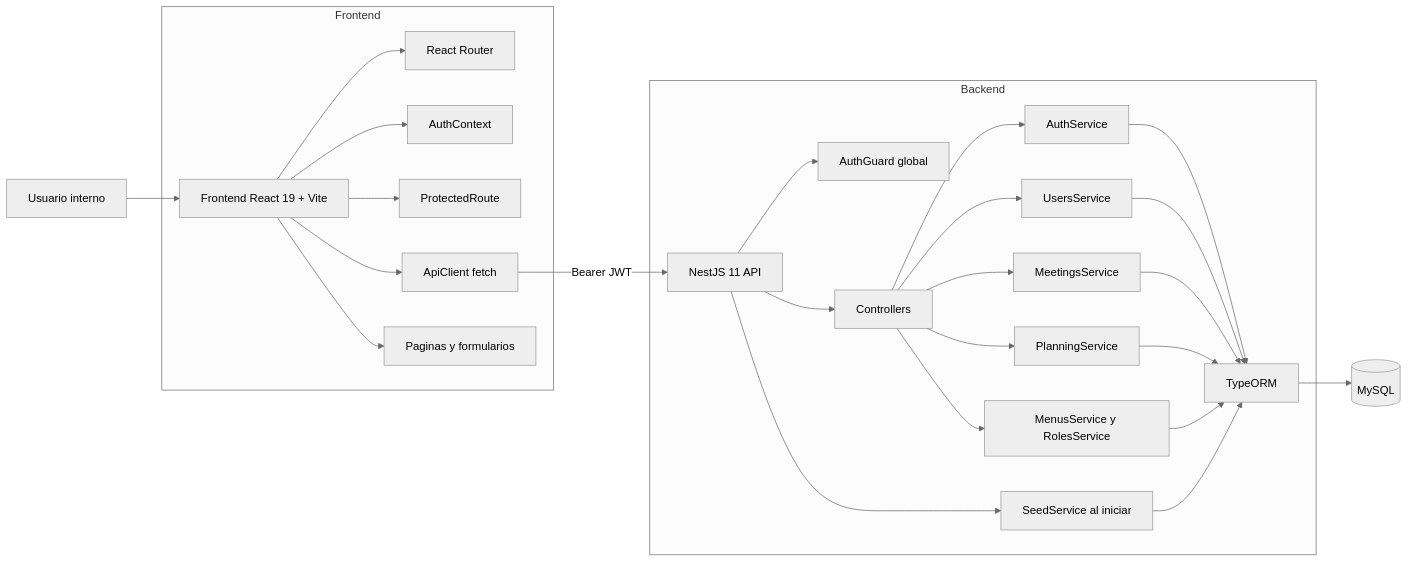
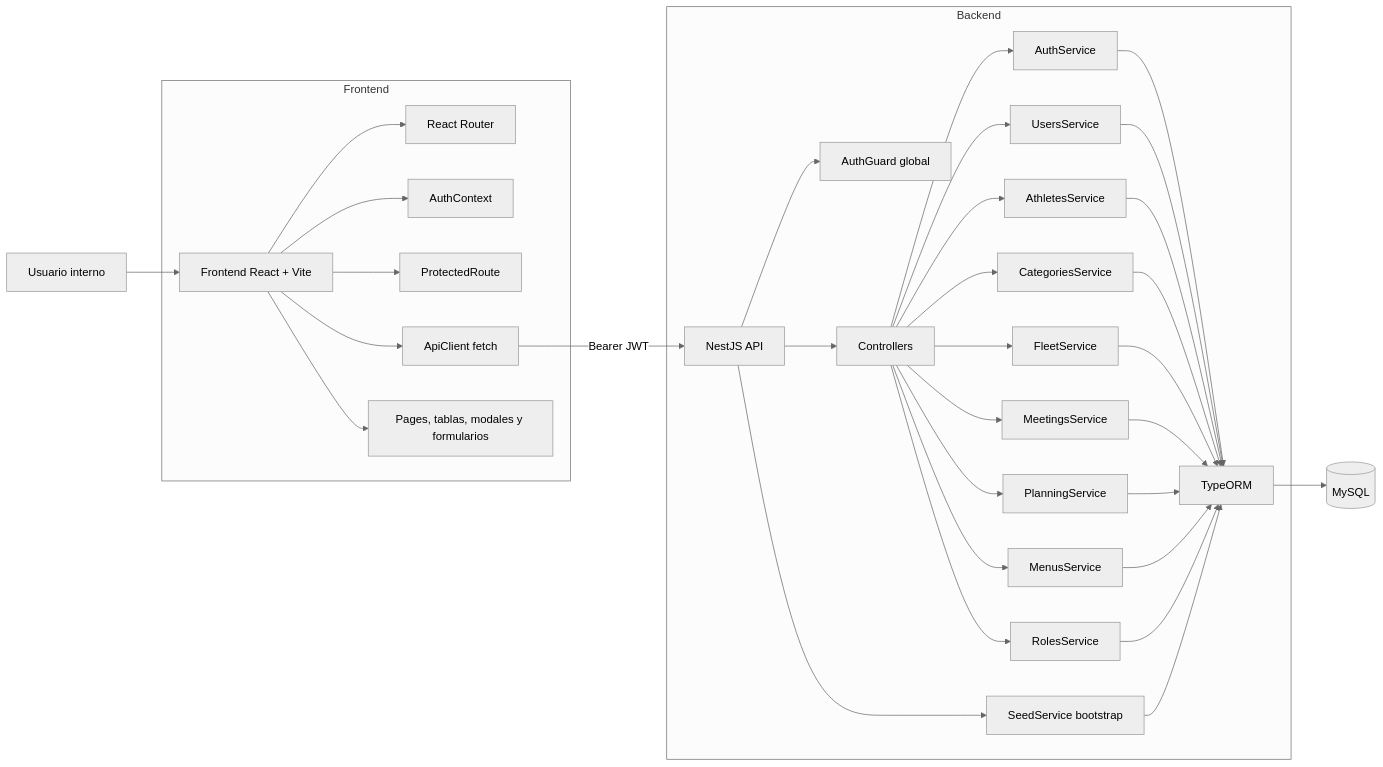
Before and after one commit to alfredoquintana/rama-remo: the diagram in docs/arquitectura/02-arquitectura-y-funcionamiento.md, drawn with Mermaid (neutral theme). The commit also changed other lines of this file and 12 other files, not shown here.

````diff
--- a/docs/arquitectura/02-arquitectura-y-funcionamiento.md
+++ b/docs/arquitectura/02-arquitectura-y-funcionamiento.md
@@ -7,33 +7,41 @@
 ```mermaid
 flowchart LR
-    U[Usuario interno] --> FE[Frontend React 19 + Vite]
+    U[Usuario interno] --> FE[Frontend React + Vite]
 
     subgraph Frontend
         FE --> ROUTER[React Router]
         FE --> AUTHCTX[AuthContext]
-        FE --> PROTECTED[ProtectedRoute]
+        FE --> GUARD[ProtectedRoute]
         FE --> API[ApiClient fetch]
-        FE --> PAGES[Paginas y formularios]
+        FE --> PAGES[Pages, tablas, modales y formularios]
     end
 
-    API -->|Bearer JWT| BE[NestJS 11 API]
+    API -->|Bearer JWT| BE[NestJS API]
 
     subgraph Backend
-        BE --> GUARD[AuthGuard global]
+        BE --> AUTHGUARD[AuthGuard global]
         BE --> CTRL[Controllers]
         CTRL --> AUTHSVC[AuthService]
         CTRL --> USERSVC[UsersService]
+        CTRL --> ATHSVC[AthletesService]
+        CTRL --> CATSVC[CategoriesService]
+        CTRL --> FLEETSVC[FleetService]
         CTRL --> MEETSVC[MeetingsService]
         CTRL --> PLANSVC[PlanningService]
-        CTRL --> CATALOGSVC[MenusService y RolesService]
-        BE --> SEED[SeedService al iniciar]
+        CTRL --> MENUSVC[MenusService]
+        CTRL --> ROLSVC[RolesService]
+        BE --> SEED[SeedService bootstrap]
         AUTHSVC --> ORM[TypeORM]
         USERSVC --> ORM
+        ATHSVC --> ORM
+        CATSVC --> ORM
+        FLEETSVC --> ORM
         MEETSVC --> ORM
         PLANSVC --> ORM
-        CATALOGSVC --> ORM
+        MENUSVC --> ORM
+        ROLSVC --> ORM
         SEED --> ORM
     end
 
     ORM --> DB[(MySQL)]
 ```
````
